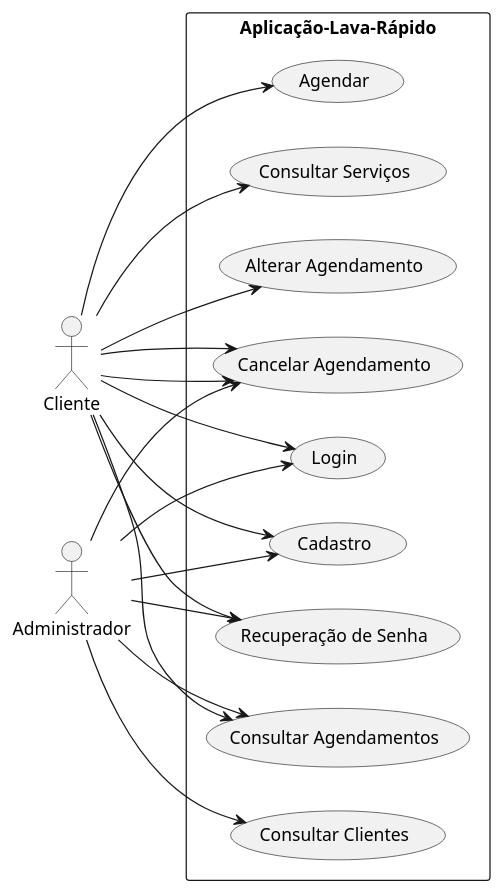
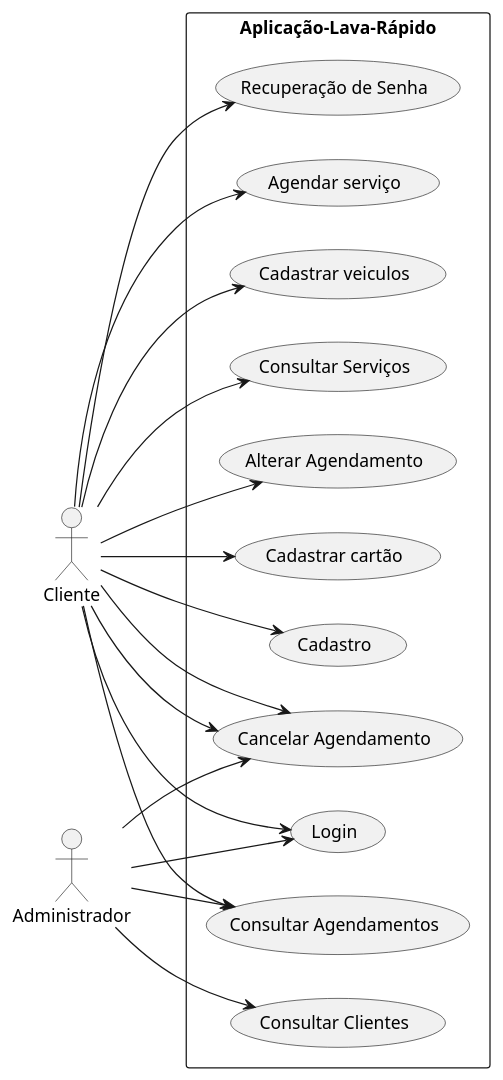
The diagram in Diagramas/casos_de_uso.plantuml (Lucas-Ed/Pi-2-semestre), drawn with PlantUML before and after one commit. The commit also changed 21 other files, not shown here.

Commit message:
Atualização diagramas/M.BD

```diff
--- a/Diagramas/casos_de_uso.plantuml
+++ b/Diagramas/casos_de_uso.plantuml
@@ -1,36 +1,38 @@
 @startuml
 left to right direction
 actor "Cliente" as cliente
 actor "Administrador" as administrador
 rectangle Aplicação-Lava-Rápido {
   usecase "Login" as login
   usecase "Cadastro" as cadastro
   usecase "Recuperação de Senha" as recuperacao
-  usecase "Agendar" as agendamento
+  usecase "Agendar serviço" as agendamento
   usecase "Cancelar Agendamento" as cancelarAgendamento
+  usecase "Cadastrar veiculos" as veiculos
   usecase "Consultar Serviços" as consultarServicos
   usecase "Alterar Agendamento" as alterarAgendamento
   usecase "Consultar Agendamentos" as consultarAgendamentos
   usecase "Consultar Clientes" as consultarClientes
+  usecase "Cadastrar cartão" as cartoes
 
 
 
 }
 
 cliente --> login
 cliente --> cadastro
 cliente --> agendamento
 cliente --> alterarAgendamento
 cliente --> cancelarAgendamento
 cliente --> recuperacao
 cliente --> cancelarAgendamento
 cliente --> consultarServicos
 cliente --> consultarAgendamentos
+cliente --> veiculos
+cliente --> cartoes
 
 administrador --> consultarAgendamentos
 administrador --> consultarClientes
 administrador --> cancelarAgendamento
 administrador --> login
-administrador --> cadastro
-administrador --> recuperacao
 @enduml
```
